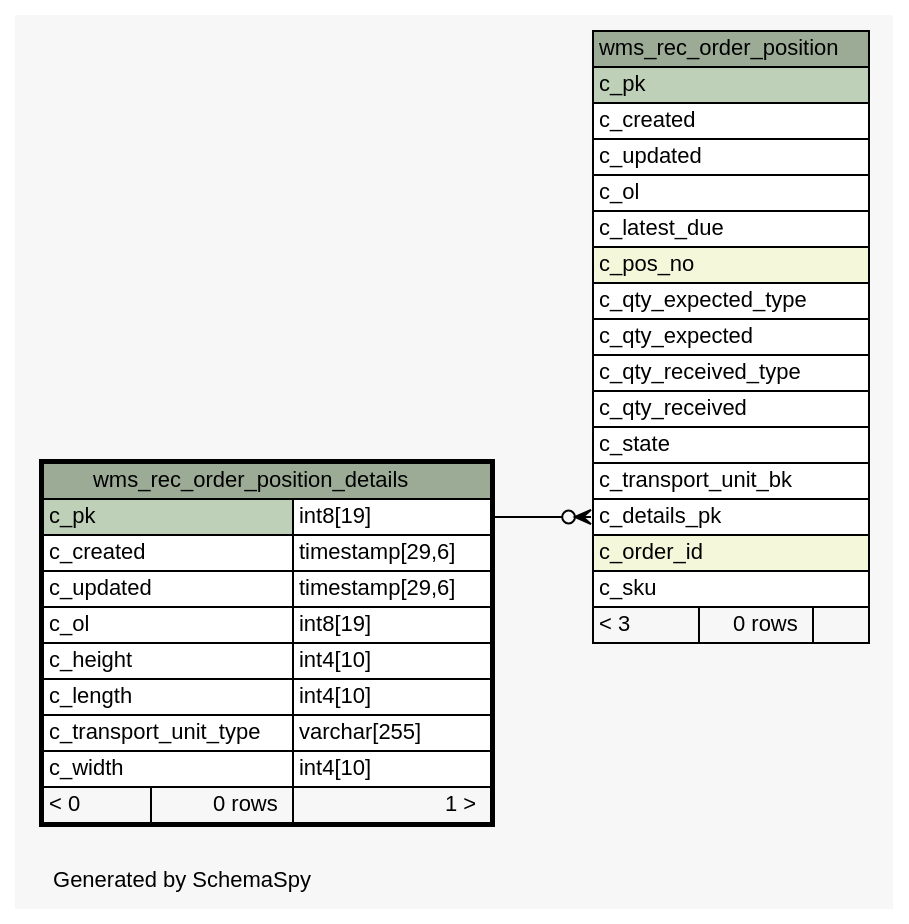
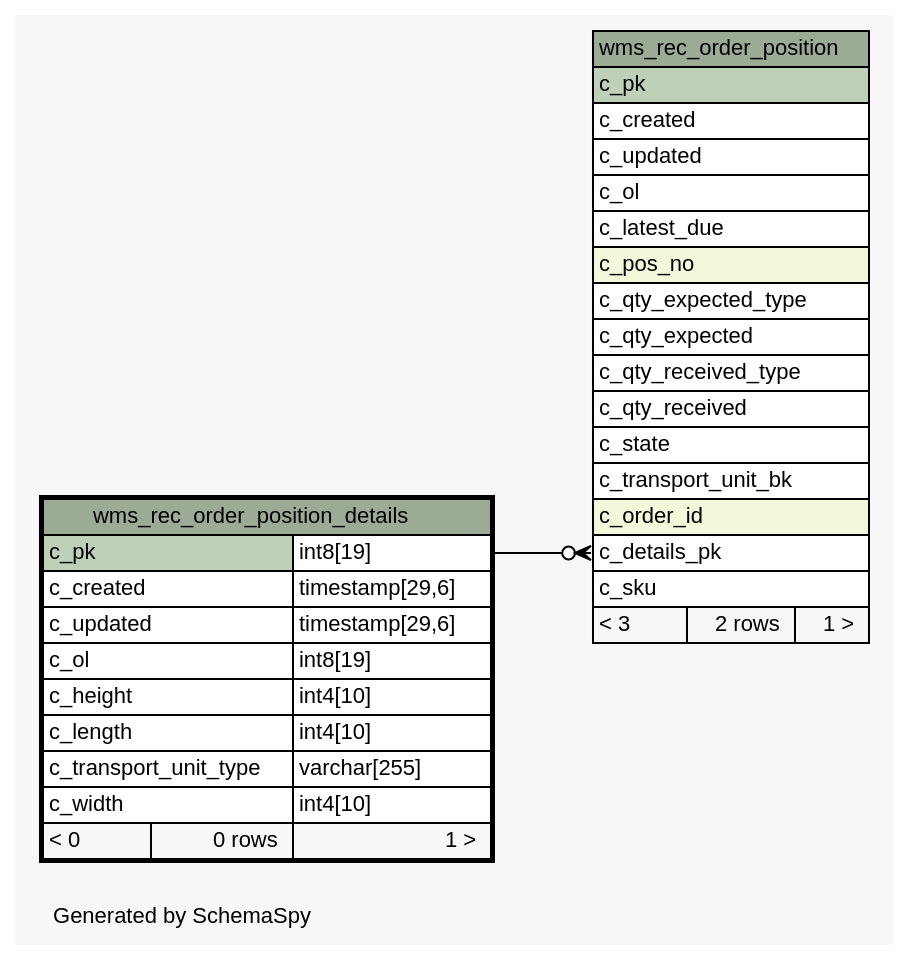
Before and after one commit to openwms/org.openwms.wms.receiving.lib: the diagram in 1.0.0-SNAPSHOT/schemaspy/diagrams/wms_rec_order_position_details.1degree.dot, drawn with Graphviz. The commit also changed 392 other files, not shown here.

```diff
--- a/1.0.0-SNAPSHOT/schemaspy/diagrams/wms_rec_order_position_details.1degree.dot
+++ b/1.0.0-SNAPSHOT/schemaspy/diagrams/wms_rec_order_position_details.1degree.dot
@@ -1,64 +1,64 @@
-// dot 2.38.0 on Linux 4.15.0-1077-gcp
+// dot 2.42.3 on Linux 5.4.0-1032-azure
 // SchemaSpy rev Unknown
 digraph "oneDegreeRelationshipsDiagram" {
   graph [
     rankdir="RL"
     bgcolor="#f7f7f7"
     label="\nGenerated by SchemaSpy"
     labeljust="l"
     nodesep="0.18"
     ranksep="0.46"
     fontname="Helvetica"
     fontsize="11"
   ];
   node [
     fontname="Helvetica"
     fontsize="11"
     shape="plaintext"
   ];
   edge [
     arrowsize="0.8"
   ];
   "wms_rec_order_position":"c_details_pk":w -> "wms_rec_order_position_details":"c_pk.type":e [arrowhead=none dir=back arrowtail=crowodot];
   "wms_rec_order_position" [
     label=<
     <TABLE BORDER="0" CELLBORDER="1" CELLSPACING="0" BGCOLOR="#ffffff">
       <TR><TD COLSPAN="3" BGCOLOR="#9bab96" ALIGN="CENTER">wms_rec_order_position</TD></TR>
       <TR><TD PORT="c_pk" COLSPAN="3" BGCOLOR="#bed1b8" ALIGN="LEFT">c_pk</TD></TR>
       <TR><TD PORT="c_created" COLSPAN="3" ALIGN="LEFT">c_created</TD></TR>
       <TR><TD PORT="c_updated" COLSPAN="3" ALIGN="LEFT">c_updated</TD></TR>
       <TR><TD PORT="c_ol" COLSPAN="3" ALIGN="LEFT">c_ol</TD></TR>
       <TR><TD PORT="c_latest_due" COLSPAN="3" ALIGN="LEFT">c_latest_due</TD></TR>
       <TR><TD PORT="c_pos_no" COLSPAN="3" BGCOLOR="#f4f7da" ALIGN="LEFT">c_pos_no</TD></TR>
       <TR><TD PORT="c_qty_expected_type" COLSPAN="3" ALIGN="LEFT">c_qty_expected_type</TD></TR>
       <TR><TD PORT="c_qty_expected" COLSPAN="3" ALIGN="LEFT">c_qty_expected</TD></TR>
       <TR><TD PORT="c_qty_received_type" COLSPAN="3" ALIGN="LEFT">c_qty_received_type</TD></TR>
       <TR><TD PORT="c_qty_received" COLSPAN="3" ALIGN="LEFT">c_qty_received</TD></TR>
       <TR><TD PORT="c_state" COLSPAN="3" ALIGN="LEFT">c_state</TD></TR>
       <TR><TD PORT="c_transport_unit_bk" COLSPAN="3" ALIGN="LEFT">c_transport_unit_bk</TD></TR>
+      <TR><TD PORT="c_order_id" COLSPAN="3" BGCOLOR="#f4f7da" ALIGN="LEFT">c_order_id</TD></TR>
       <TR><TD PORT="c_details_pk" COLSPAN="3" ALIGN="LEFT">c_details_pk</TD></TR>
-      <TR><TD PORT="c_order_id" COLSPAN="3" BGCOLOR="#f4f7da" ALIGN="LEFT">c_order_id</TD></TR>
       <TR><TD PORT="c_sku" COLSPAN="3" ALIGN="LEFT">c_sku</TD></TR>
-      <TR><TD ALIGN="LEFT" BGCOLOR="#f7f7f7">&lt; 3</TD><TD ALIGN="RIGHT" BGCOLOR="#f7f7f7">0 rows</TD><TD ALIGN="RIGHT" BGCOLOR="#f7f7f7">  </TD></TR>
+      <TR><TD ALIGN="LEFT" BGCOLOR="#f7f7f7">&lt; 3</TD><TD ALIGN="RIGHT" BGCOLOR="#f7f7f7">2 rows</TD><TD ALIGN="RIGHT" BGCOLOR="#f7f7f7">1 &gt;</TD></TR>
     </TABLE>>
     URL="wms_rec_order_position.html"
     tooltip="wms_rec_order_position"
   ];
   "wms_rec_order_position_details" [
     label=<
     <TABLE BORDER="2" CELLBORDER="1" CELLSPACING="0" BGCOLOR="#ffffff">
       <TR><TD COLSPAN="3" BGCOLOR="#9bab96" ALIGN="CENTER">wms_rec_order_position_details</TD></TR>
       <TR><TD PORT="c_pk" COLSPAN="2" BGCOLOR="#bed1b8" ALIGN="LEFT">c_pk</TD><TD PORT="c_pk.type" ALIGN="LEFT">int8[19]</TD></TR>
       <TR><TD PORT="c_created" COLSPAN="2" ALIGN="LEFT">c_created</TD><TD PORT="c_created.type" ALIGN="LEFT">timestamp[29,6]</TD></TR>
       <TR><TD PORT="c_updated" COLSPAN="2" ALIGN="LEFT">c_updated</TD><TD PORT="c_updated.type" ALIGN="LEFT">timestamp[29,6]</TD></TR>
       <TR><TD PORT="c_ol" COLSPAN="2" ALIGN="LEFT">c_ol</TD><TD PORT="c_ol.type" ALIGN="LEFT">int8[19]</TD></TR>
       <TR><TD PORT="c_height" COLSPAN="2" ALIGN="LEFT">c_height</TD><TD PORT="c_height.type" ALIGN="LEFT">int4[10]</TD></TR>
       <TR><TD PORT="c_length" COLSPAN="2" ALIGN="LEFT">c_length</TD><TD PORT="c_length.type" ALIGN="LEFT">int4[10]</TD></TR>
       <TR><TD PORT="c_transport_unit_type" COLSPAN="2" ALIGN="LEFT">c_transport_unit_type</TD><TD PORT="c_transport_unit_type.type" ALIGN="LEFT">varchar[255]</TD></TR>
       <TR><TD PORT="c_width" COLSPAN="2" ALIGN="LEFT">c_width</TD><TD PORT="c_width.type" ALIGN="LEFT">int4[10]</TD></TR>
       <TR><TD ALIGN="LEFT" BGCOLOR="#f7f7f7">&lt; 0</TD><TD ALIGN="RIGHT" BGCOLOR="#f7f7f7">0 rows</TD><TD ALIGN="RIGHT" BGCOLOR="#f7f7f7">1 &gt;</TD></TR>
     </TABLE>>
     URL="wms_rec_order_position_details.html"
     tooltip="wms_rec_order_position_details"
   ];
 }
```
